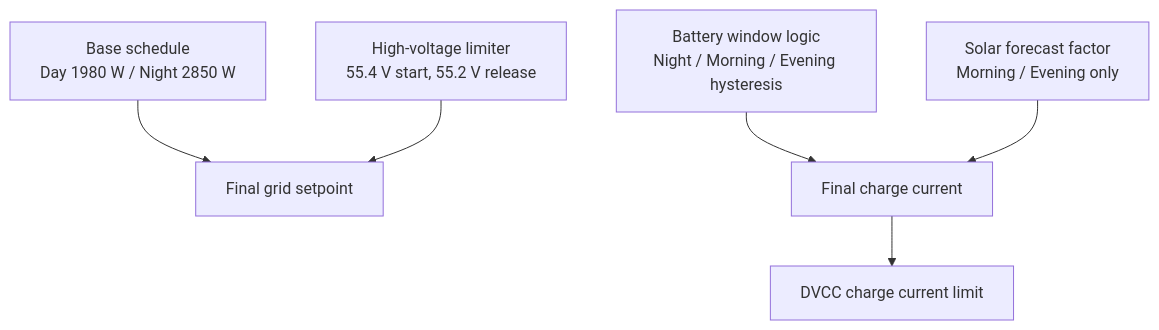
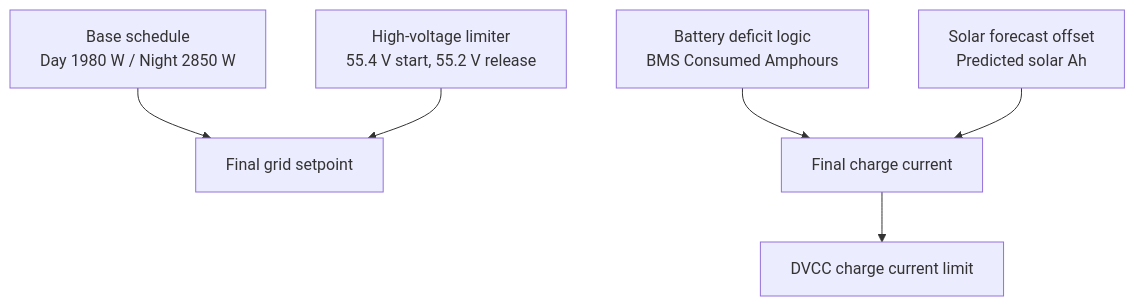
The second of 3 diagrams in README.md (vzakusylo/victron), drawn with Mermaid before and after one commit. The commit also changed other lines of this file and 2 other files, not shown here.

````diff
--- a/README.md
+++ b/README.md
@@ -97,8 +98,8 @@
 ```mermaid
 flowchart TD
   A[Base schedule<br/>Day 1980 W / Night 2850 W] --> E[Final grid setpoint]
-    B[Battery window logic<br/>Night / Morning / Evening hysteresis] --> F[Final charge current]
-  C[Solar forecast factor<br/>Morning / Evening only] --> F
+    B[Battery deficit logic<br/>BMS Consumed Amphours] --> F[Final charge current]
+  C[Solar forecast offset<br/>Predicted solar Ah] --> F
   D[High-voltage limiter<br/>55.4 V start, 55.2 V release] --> E
     F --> H[DVCC charge current limit]
 ```
````
